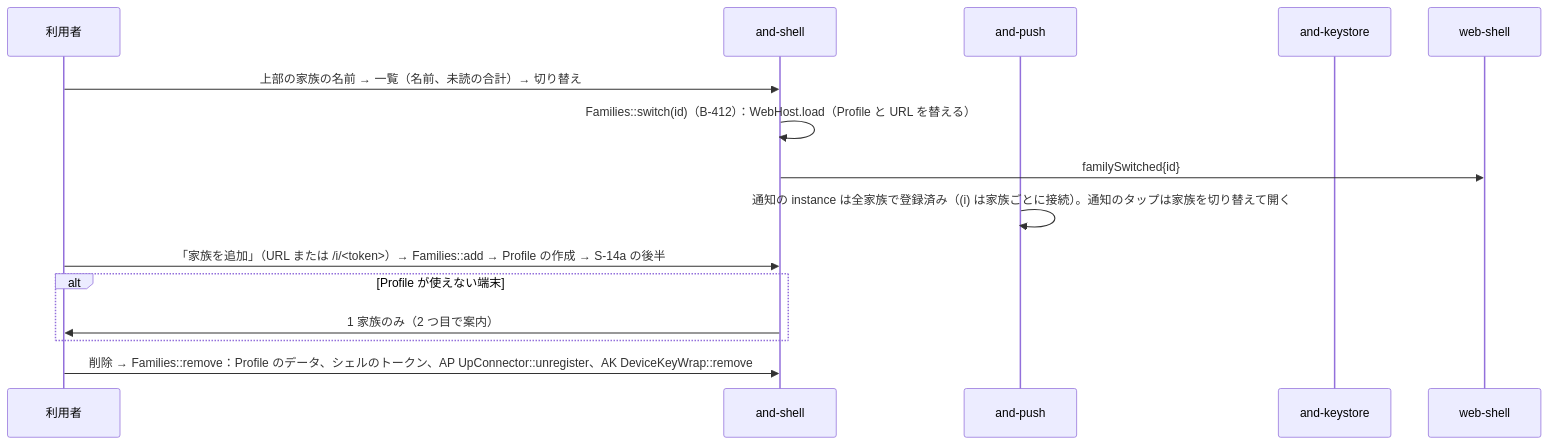
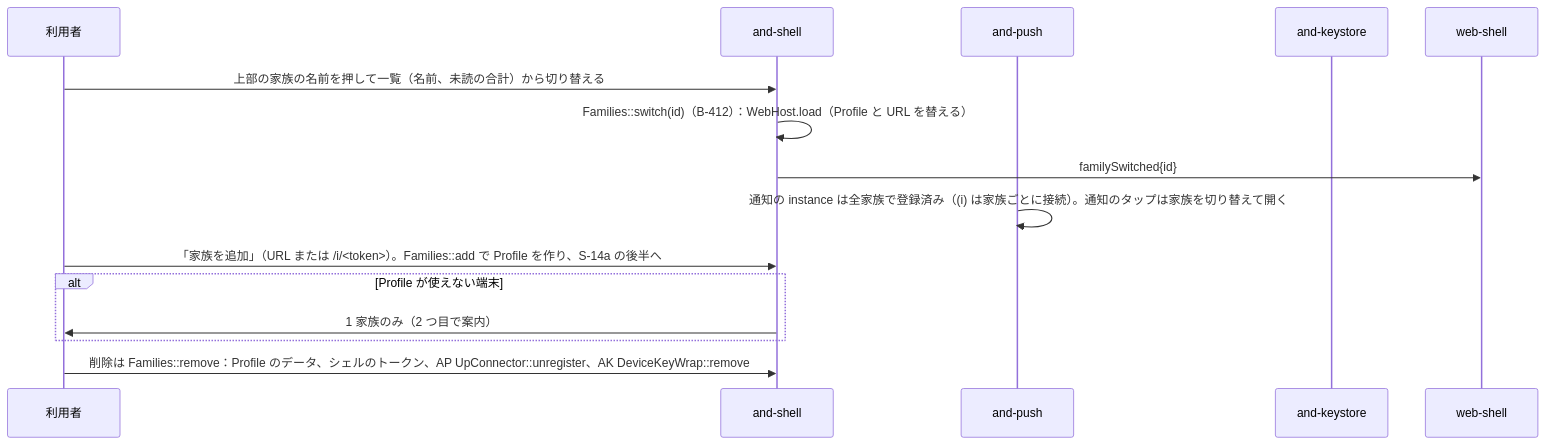
The third of 5 diagrams in dev/docs/jp/シーケンス/14_Androidのシェル.md (nrsd-ishikawasou/family-talk-pwa), drawn with Mermaid before and after one commit. The commit also changed other lines of this file and 290 other files, not shown here.

````diff
--- a/dev/docs/jp/シーケンス/14_Androidのシェル.md
+++ b/dev/docs/jp/シーケンス/14_Androidのシェル.md
@@ -62,17 +73,17 @@
 ```mermaid
 sequenceDiagram
   participant U as 利用者
   participant AS as and-shell
   participant AP as and-push
   participant AK as and-keystore
   participant WH as web-shell
-  U->>AS: 上部の家族の名前 → 一覧（名前、未読の合計）→ 切り替え
+  U->>AS: 上部の家族の名前を押して一覧（名前、未読の合計）から切り替える
   AS->>AS: Families::switch(id)（B-412）：WebHost.load（Profile と URL を替える）
   AS->>WH: familySwitched{id}
   AP->>AP: 通知の instance は全家族で登録済み（(i) は家族ごとに接続）。通知のタップは家族を切り替えて開く
-  U->>AS: 「家族を追加」（URL または /i/<token>）→ Families::add → Profile の作成 → S-14a の後半
+  U->>AS: 「家族を追加」（URL または /i/<token>）。Families::add で Profile を作り、S-14a の後半へ
   alt Profile が使えない端末
     AS->>U: 1 家族のみ（2 つ目で案内）
   end
-  U->>AS: 削除 → Families::remove：Profile のデータ、シェルのトークン、AP UpConnector::unregister、AK DeviceKeyWrap::remove
+  U->>AS: 削除は Families::remove：Profile のデータ、シェルのトークン、AP UpConnector::unregister、AK DeviceKeyWrap::remove
 ```
````
